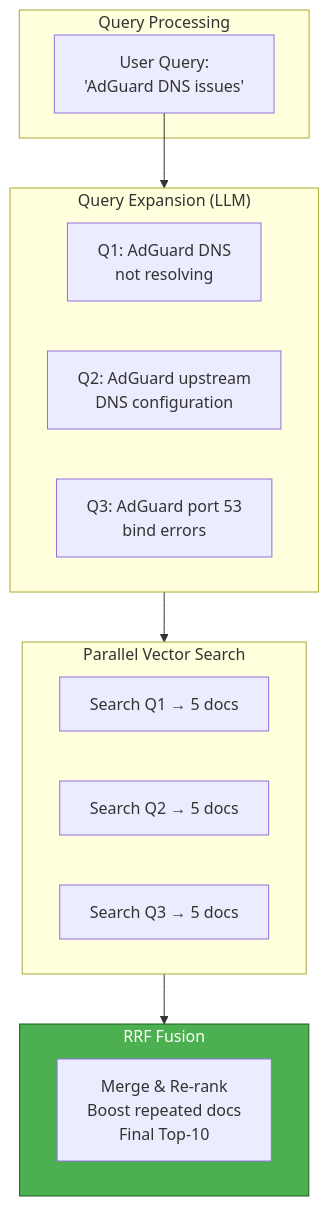
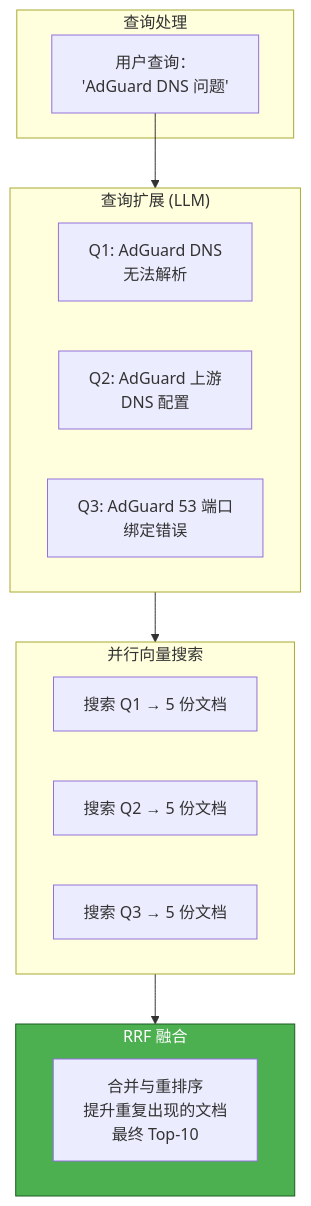
The fifth of 10 diagrams in i18n/zh-Hans/docusaurus-plugin-content-docs/current/ai/rag/04-retrieval.mdx (YiWang24/AiDIY), drawn with Mermaid before and after one commit. The commit also changed other lines of this file and 59 other files, not shown here.

````diff
--- a/i18n/zh-Hans/docusaurus-plugin-content-docs/current/ai/rag/04-retrieval.mdx
+++ b/i18n/zh-Hans/docusaurus-plugin-content-docs/current/ai/rag/04-retrieval.mdx
@@ -377,28 +269,28 @@
 ```mermaid
 flowchart TB
-    subgraph Query["Query Processing"]
-        Q["User Query:<br/>'AdGuard DNS issues'"]
+    subgraph Query["查询处理"]
+        Q["用户查询：<br/>'AdGuard DNS 问题'"]
     end
 
-    subgraph LLM["Query Expansion (LLM)"]
-        Q1["Q1: AdGuard DNS<br/>not resolving"]
-        Q2["Q2: AdGuard upstream<br/>DNS configuration"]
-        Q3["Q3: AdGuard port 53<br/>bind errors"]
+    subgraph LLM["查询扩展 (LLM)"]
+        Q1["Q1: AdGuard DNS<br/>无法解析"]
+        Q2["Q2: AdGuard 上游<br/>DNS 配置"]
+        Q3["Q3: AdGuard 53 端口<br/>绑定错误"]
     end
 
-    subgraph Search["Parallel Vector Search"]
-        S1["Search Q1 → 5 docs"]
-        S2["Search Q2 → 5 docs"]
-        S3["Search Q3 → 5 docs"]
+    subgraph Search["并行向量搜索"]
+        S1["搜索 Q1 → 5 份文档"]
+        S2["搜索 Q2 → 5 份文档"]
+        S3["搜索 Q3 → 5 份文档"]
     end
 
-    subgraph Fusion["RRF Fusion"]
-        F["Merge & Re-rank<br/>Boost repeated docs<br/>Final Top-10"]
+    subgraph Fusion["RRF 融合"]
+        F["合并与重排序<br/>提升重复出现的文档<br/>最终 Top-10"]
     end
 
     Q --> LLM
     LLM --> Search
     Search --> Fusion
 
     style Fusion fill:#4caf50,stroke:#1b5e20,color:#fff
 ```
````
